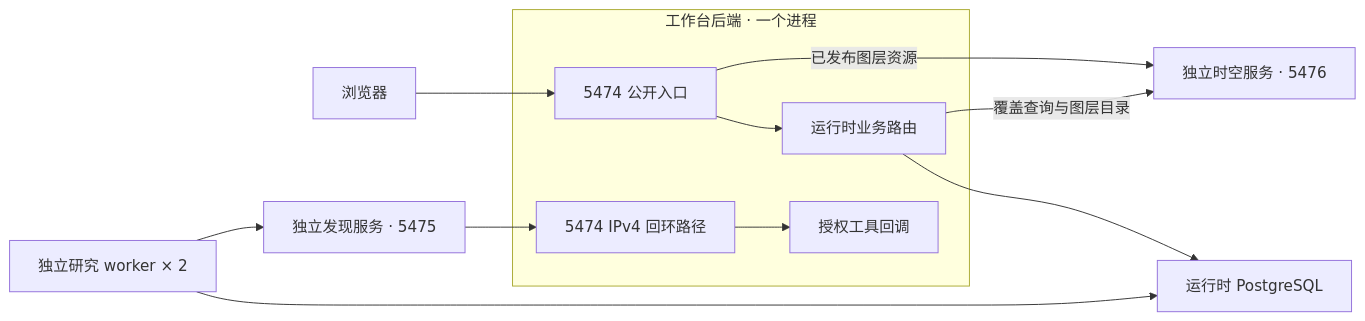
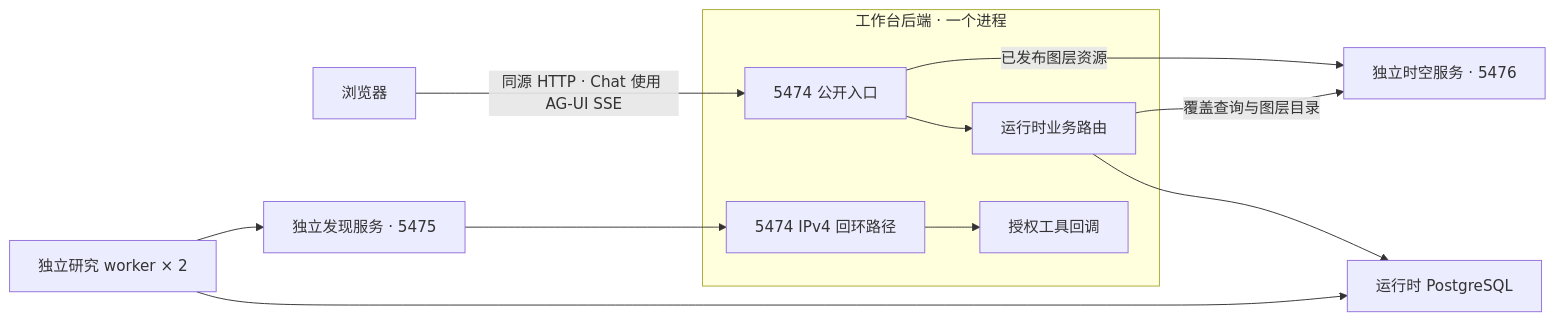
One commit to lust0yixiong/OneEarth changed the second of 2 diagrams in docs/架构与接口现状.md. Above: the diagram before and after it, drawn with Mermaid. The commit also changed other lines of this file and 6 other files, not shown here.

Commit message:
Document native AG-UI architecture and 5474 release

````diff
--- a/docs/架构与接口现状.md
+++ b/docs/架构与接口现状.md
@@ -70,14 +70,14 @@
 ```mermaid
 flowchart LR
-  B["浏览器"] --> P
+  B["浏览器"] -->|"同源 HTTP · Chat 使用 AG-UI SSE"| P
   subgraph W["工作台后端 · 一个进程"]
     P["5474 公开入口"] --> R["运行时业务路由"]
     C["5474 IPv4 回环路径"] --> T["授权工具回调"]
   end
   R --> DB["运行时 PostgreSQL"]
   A["独立研究 worker × 2"] --> DB
   A --> D["独立发现服务 · 5475"]
   D --> C
   R -->|"覆盖查询与图层目录"| S["独立时空服务 · 5476"]
   P -->|"已发布图层资源"| S
 ```
````
